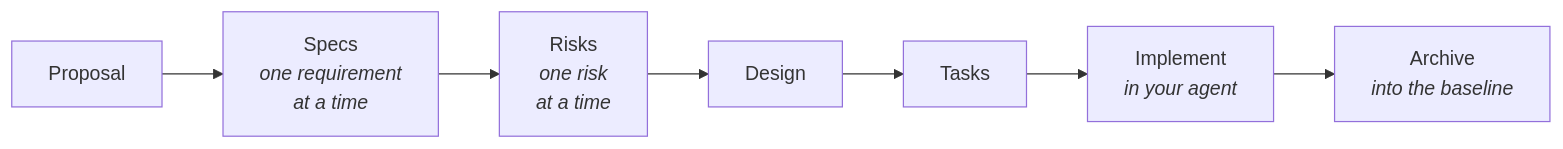
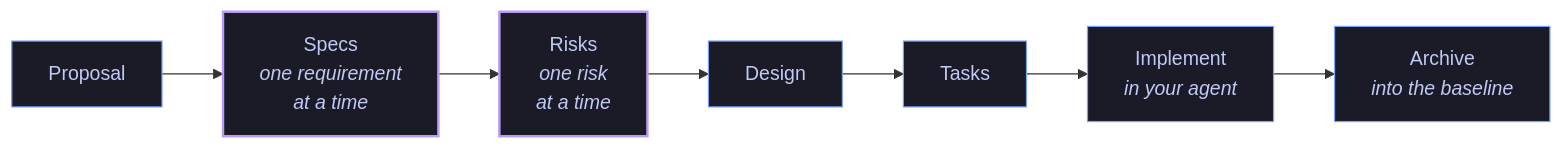
Before and after one commit to wingfold-ai/spec-tacular: the diagram in README.md, drawn with Mermaid.

Commit message:
docs(repo): Draw the README's pipeline in spec-tacular's colours

````diff
--- a/README.md
+++ b/README.md
@@ -38,9 +38,13 @@
 ```mermaid
 flowchart LR
   P[Proposal] --> S[Specs<br/><i>one requirement<br/>at a time</i>]
   S --> R[Risks<br/><i>one risk<br/>at a time</i>]
   R --> D[Design]
   D --> T[Tasks]
   T --> I[Implement<br/><i>in your agent</i>]
   I --> A[Archive<br/><i>into the baseline</i>]
+  classDef stage fill:#1a1b26,stroke:#7aa2f7,color:#c0caf5
+  classDef review fill:#1a1b26,stroke:#bb9af7,color:#c0caf5,stroke-width:2px
+  class P,D,T,I,A stage
+  class S,R review
 ```
````
